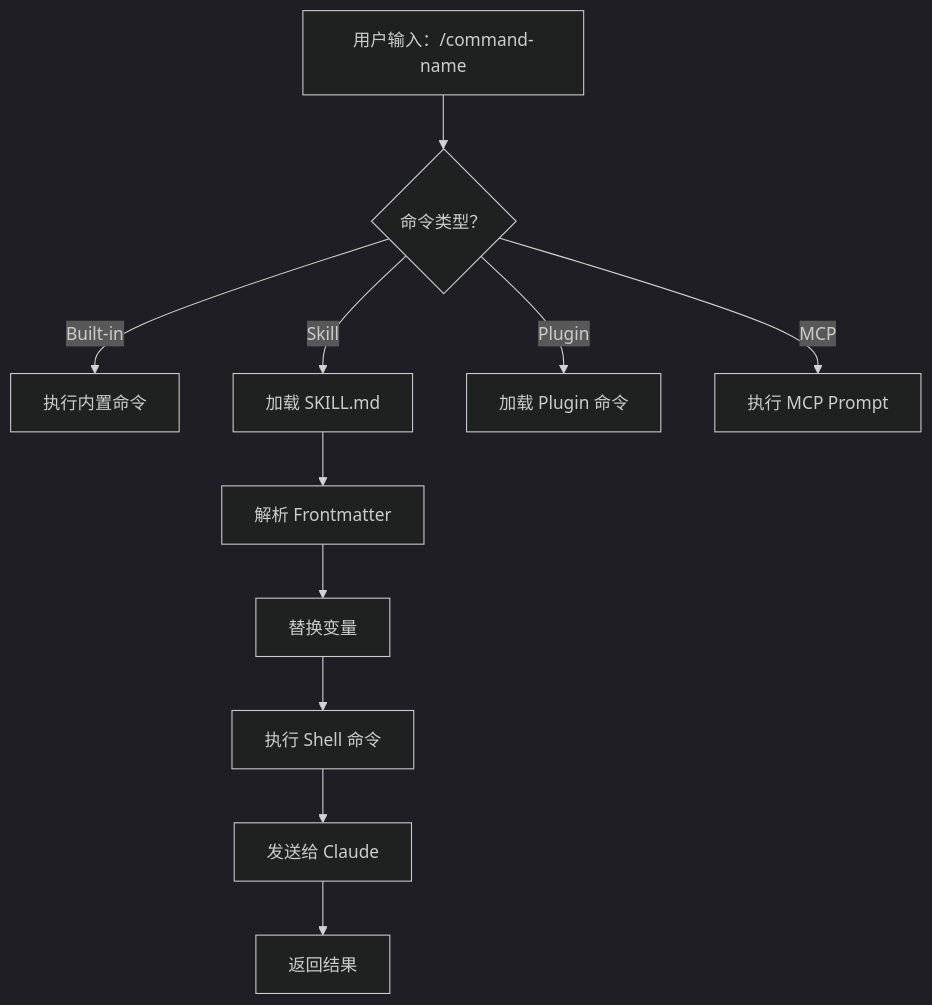
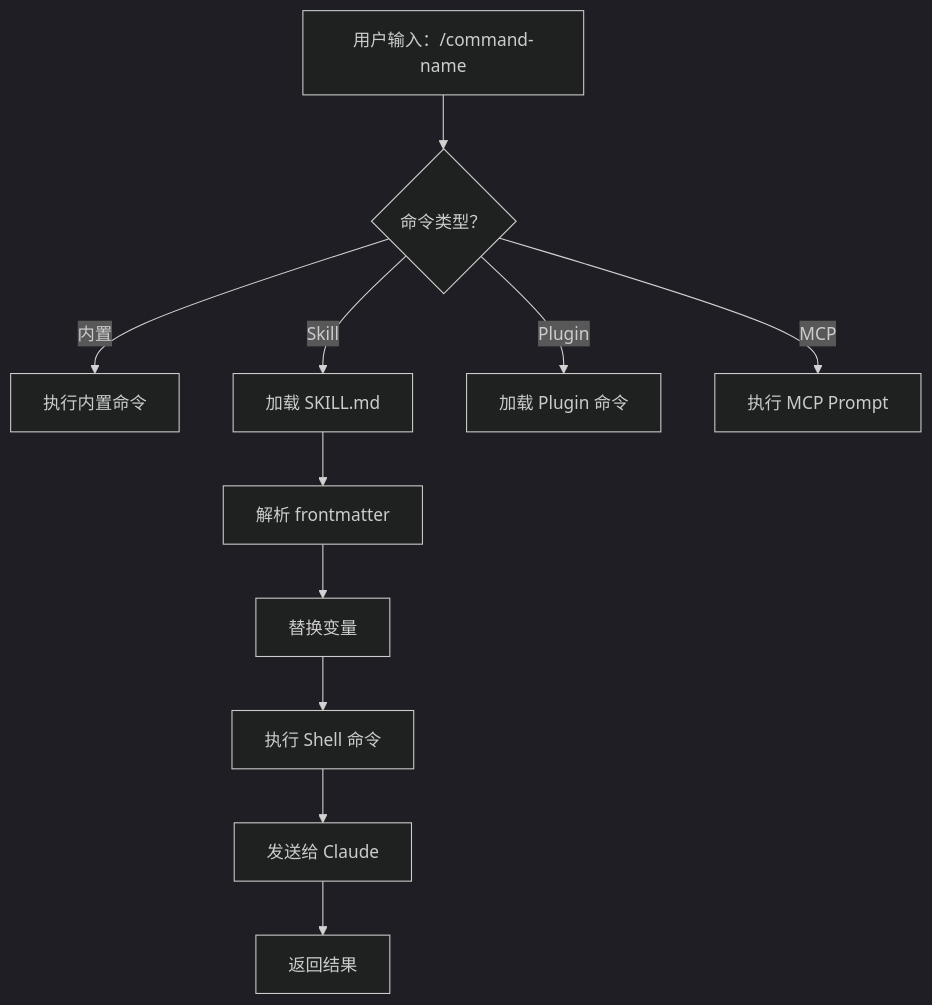
The first of 2 diagrams in 01-slash-commands/README.md (wgqi1126/claude-howto-zh-cn), drawn with Mermaid (dark theme) before and after one commit. The commit also changed other lines of this file and 49 other files, not shown here.

````diff
--- a/01-slash-commands/README.md
+++ b/01-slash-commands/README.md
@@ -334,14 +334,14 @@
 ```mermaid
 graph TD
     A["用户输入：/command-name"] --> B{"命令类型？"}
-    B -->|Built-in| C["执行内置命令"]
+    B -->|内置| C["执行内置命令"]
     B -->|Skill| D["加载 SKILL.md"]
     B -->|Plugin| E["加载 Plugin 命令"]
     B -->|MCP| F["执行 MCP Prompt"]
 
-    D --> G["解析 Frontmatter"]
+    D --> G["解析 frontmatter"]
     G --> H["替换变量"]
     H --> I["执行 Shell 命令"]
     I --> J["发送给 Claude"]
     J --> K["返回结果"]
 ```
````
